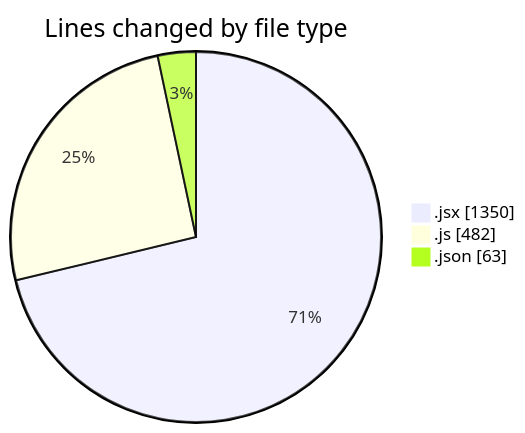
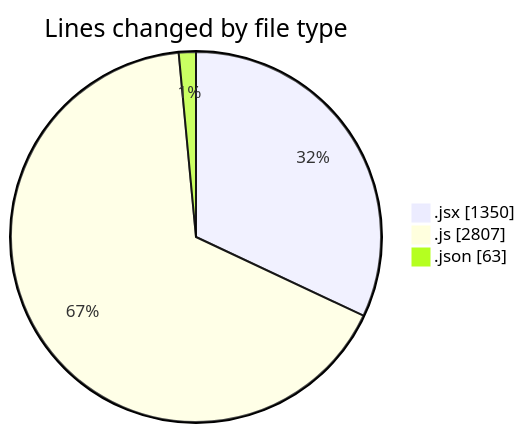
Before and after one commit to nxtqubesakshisongat/code-tracking: the first of 2 diagrams in 2025-08-18/nxtqube_webapp/README.md, drawn with Mermaid. The commit also changed other lines of this file and 1 other file, not shown here.

````diff
--- a/2025-08-18/nxtqube_webapp/README.md
+++ b/2025-08-18/nxtqube_webapp/README.md
@@ -26,7 +27,7 @@
 ```mermaid
 pie showData
 title Lines changed by file type
 ".jsx" : 1350
-".js" : 482
+".js" : 2807
 ".json" : 63
 ```
````
